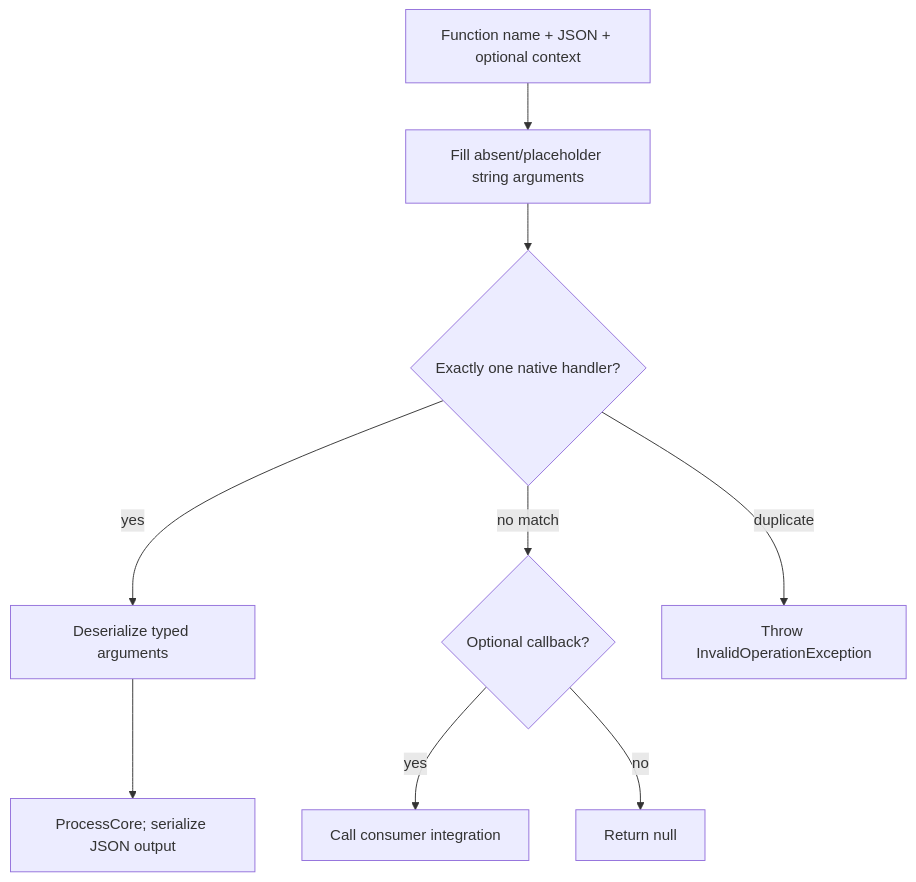
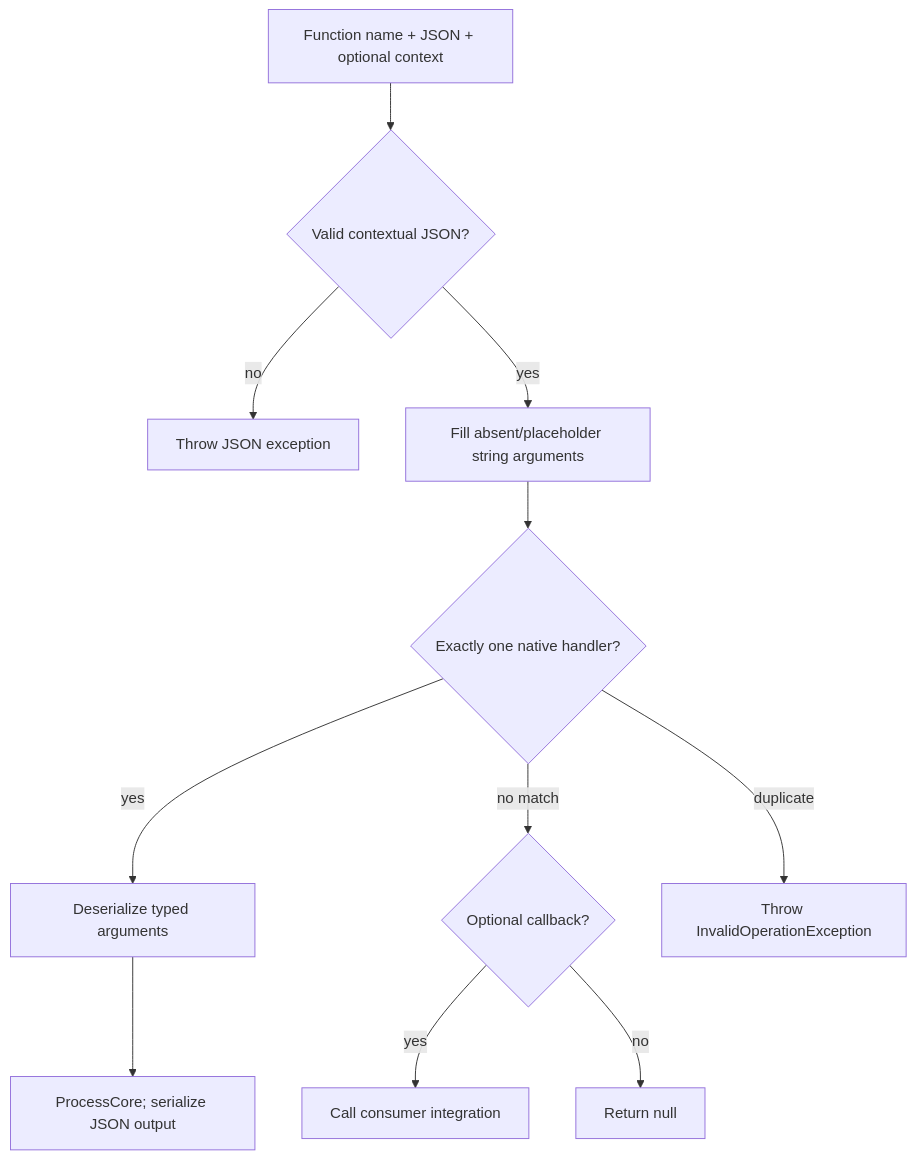
One commit to Kite-Key/ai changed the second of 3 diagrams in docs/architecture.md. Above: the diagram before and after it, drawn with Mermaid. The commit also changed other lines of this file and 5 other files, not shown here.

````diff
--- a/docs/architecture.md
+++ b/docs/architecture.md
@@ -19,11 +19,13 @@
 ```mermaid
 flowchart TD
-    Call["Function name + JSON + optional context"] --> Merge["Fill absent/placeholder string arguments"]
-    Merge --> Find{"Exactly one native handler?"}
+    Call["Function name + JSON + optional context"] --> Merge{"Valid contextual JSON?"}
+    Merge -- "no" --> Error["Throw JSON exception"]
+    Merge -- "yes" --> Fill["Fill absent/placeholder string arguments"]
+    Fill --> Find{"Exactly one native handler?"}
     Find -- "yes" --> Deserialize["Deserialize typed arguments"]
     Deserialize --> Invoke["ProcessCore; serialize JSON output"]
     Find -- "no match" --> Fallback{"Optional callback?"}
     Fallback -- "yes" --> External["Call consumer integration"]
     Fallback -- "no" --> Missing["Return null"]
-    Find -- "duplicate" --> Error["Throw InvalidOperationException"]
+    Find -- "duplicate" --> Duplicate["Throw InvalidOperationException"]
 ```
````
